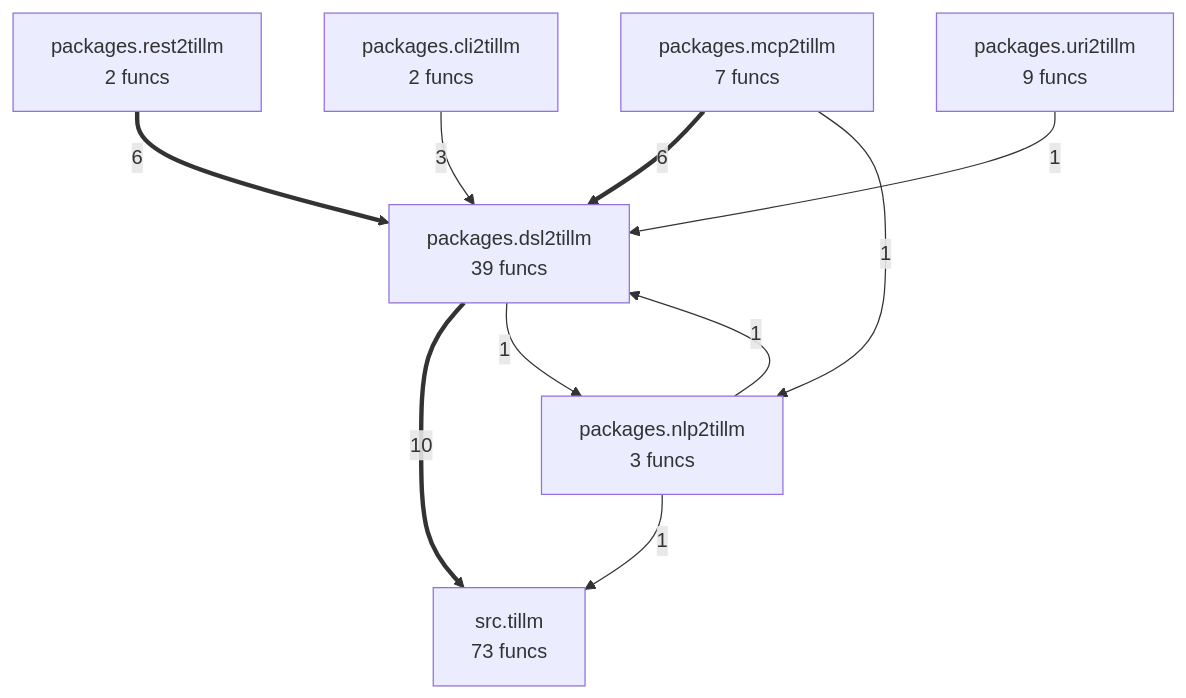
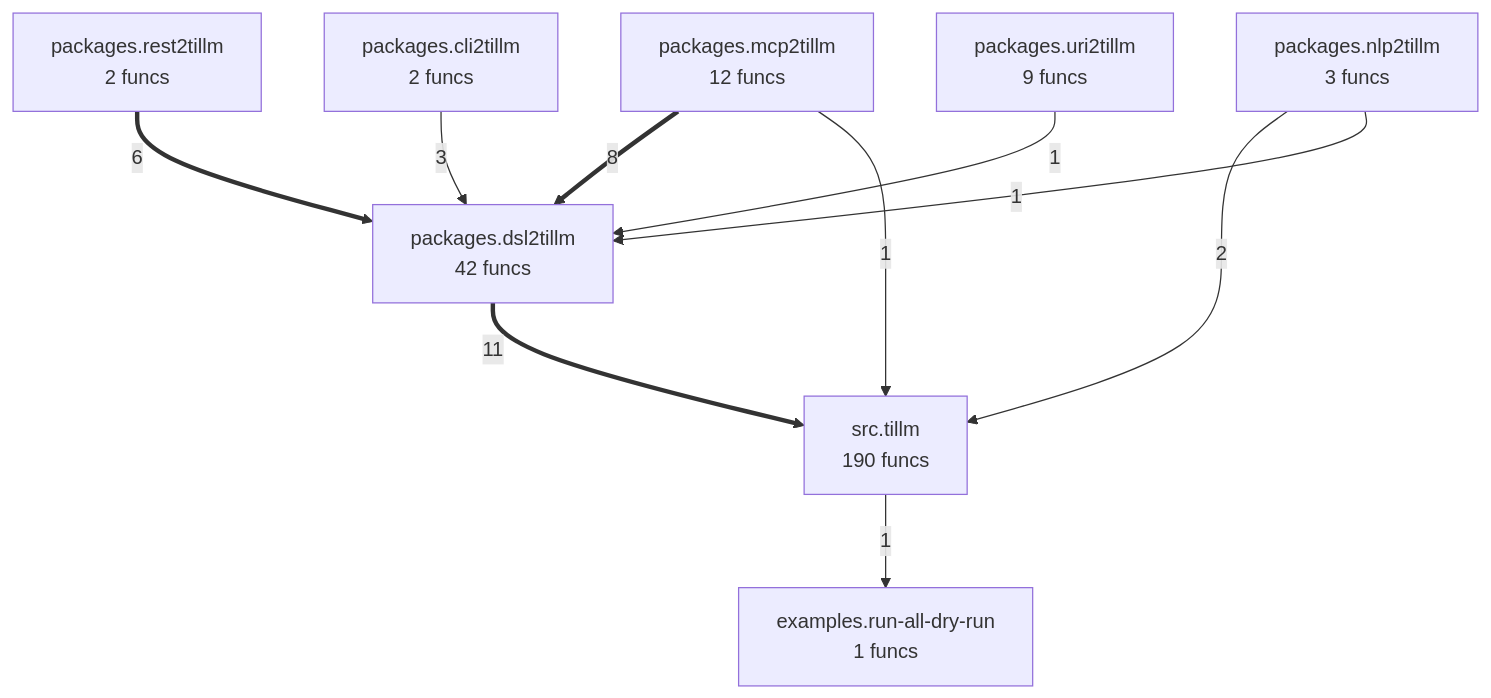
One commit to autogrammar/tillm changed the diagram in project/compact_flow.mmd. Above: the diagram before and after it, drawn with Mermaid. The commit also changed 19 other files, not shown here.

```diff
--- a/project/compact_flow.mmd
+++ b/project/compact_flow.mmd
@@ -1,18 +1,19 @@
 flowchart TD
-%% generated in 0.01s
+%% generated in 0.03s
+    examples__run_all_dry_run["examples.run-all-dry-run<br/>1 funcs"]
     packages__cli2tillm["packages.cli2tillm<br/>2 funcs"]
-    packages__dsl2tillm["packages.dsl2tillm<br/>39 funcs"]
-    packages__mcp2tillm["packages.mcp2tillm<br/>7 funcs"]
+    packages__dsl2tillm["packages.dsl2tillm<br/>42 funcs"]
+    packages__mcp2tillm["packages.mcp2tillm<br/>12 funcs"]
     packages__nlp2tillm["packages.nlp2tillm<br/>3 funcs"]
     packages__rest2tillm["packages.rest2tillm<br/>2 funcs"]
     packages__uri2tillm["packages.uri2tillm<br/>9 funcs"]
-    src__tillm["src.tillm<br/>73 funcs"]
-    packages__dsl2tillm ==>|10| src__tillm
+    src__tillm["src.tillm<br/>190 funcs"]
+    packages__dsl2tillm ==>|11| src__tillm
+    packages__mcp2tillm ==>|8| packages__dsl2tillm
     packages__rest2tillm ==>|6| packages__dsl2tillm
-    packages__mcp2tillm ==>|6| packages__dsl2tillm
     packages__cli2tillm -->|3| packages__dsl2tillm
-    packages__nlp2tillm -->|1| src__tillm
+    packages__nlp2tillm -->|2| src__tillm
+    packages__uri2tillm -->|1| packages__dsl2tillm
+    src__tillm -->|1| examples__run_all_dry_run
+    packages__mcp2tillm -->|1| src__tillm
     packages__nlp2tillm -->|1| packages__dsl2tillm
-    packages__dsl2tillm -->|1| packages__nlp2tillm
-    packages__mcp2tillm -->|1| packages__nlp2tillm
-    packages__uri2tillm -->|1| packages__dsl2tillm
```
